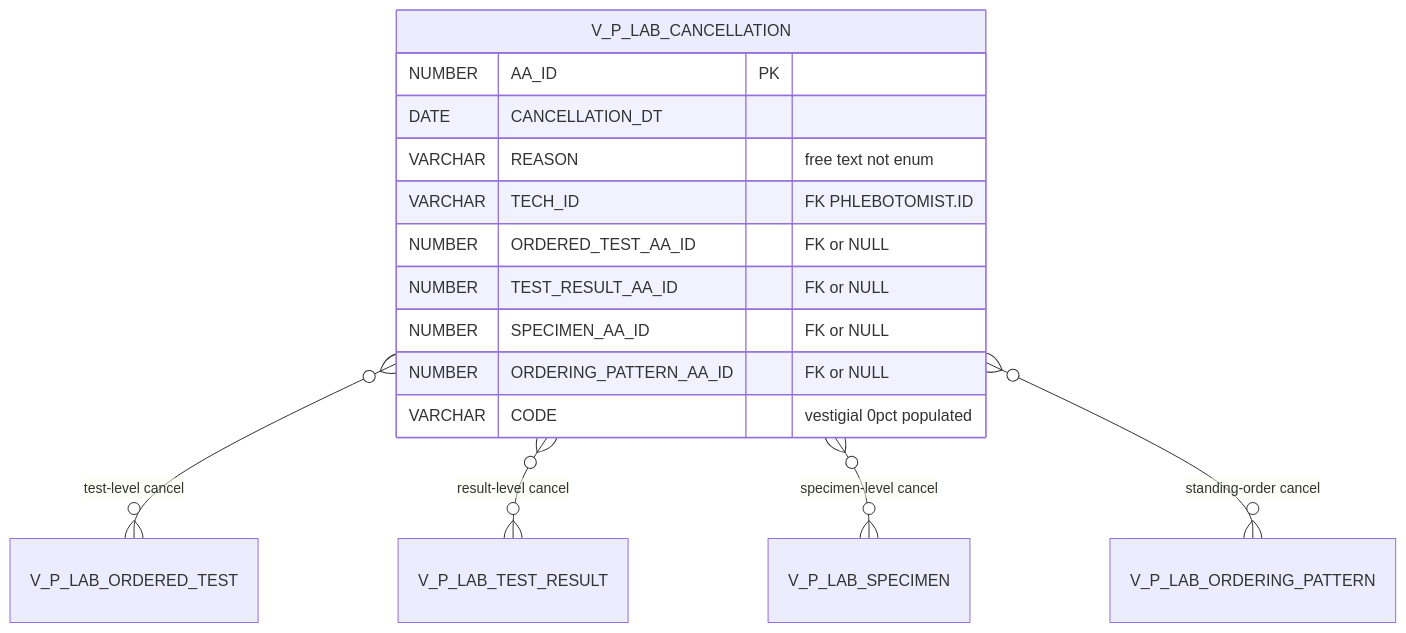
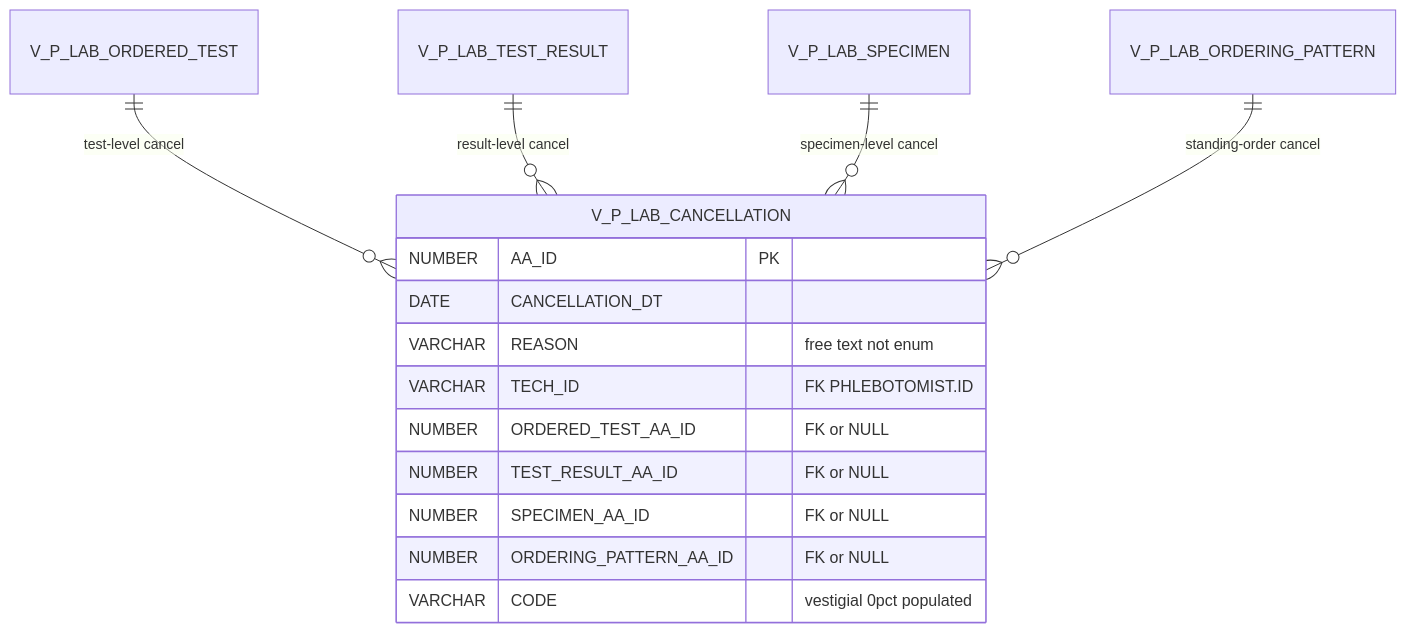
Before and after one commit to rfedeli/sql_queries: the second of 5 diagrams in schema_diagrams.md, drawn with Mermaid. The commit also changed other lines of this file, not shown here.

Commit message:
Replace }o--o{ many-to-many with reversed ||--o{ for older Mermaid
The 'renders briefly then disappears' symptom indicated initial parse
succeeded but a stricter validation pass failed. Root cause: the
}o--o{ many-to-many cardinality I introduced as the 'universal' fix
isn't actually universal in older Mermaid renderers — only the basic
trio ||--||, ||--o{, }o--|| is reliably supported.

Reversed all 7 affected relationships so they read 'parent has many
children' instead of 'many to many':

- 4 cancellation FK relationships (one cancellation per FK; parents
  ORDERED_TEST/TEST_RESULT/SPECIMEN/ORDERING_PATTERN have many
  cancellations)
- V_S_ARE_CCI now reads 'has many flagged ITEMs' (instead of ITEM
  to CCI many-to-many)
- V_S_ARE_PAYOR / V_S_ARE_MODIFIER now read 'has many BILLRULES'

Same semantic relationships, just expressed in the direction that
uses universally-supported cardinality glyphs.

````diff
--- a/schema_diagrams.md
+++ b/schema_diagrams.md
@@ -124,19 +124,19 @@
 ```mermaid
 erDiagram
-    V_P_LAB_CANCELLATION }o--o{ V_P_LAB_ORDERED_TEST : "test-level cancel"
-    V_P_LAB_CANCELLATION }o--o{ V_P_LAB_TEST_RESULT : "result-level cancel"
-    V_P_LAB_CANCELLATION }o--o{ V_P_LAB_SPECIMEN : "specimen-level cancel"
-    V_P_LAB_CANCELLATION }o--o{ V_P_LAB_ORDERING_PATTERN : "standing-order cancel"
+    V_P_LAB_ORDERED_TEST ||--o{ V_P_LAB_CANCELLATION : "test-level cancel"
+    V_P_LAB_TEST_RESULT ||--o{ V_P_LAB_CANCELLATION : "result-level cancel"
+    V_P_LAB_SPECIMEN ||--o{ V_P_LAB_CANCELLATION : "specimen-level cancel"
+    V_P_LAB_ORDERING_PATTERN ||--o{ V_P_LAB_CANCELLATION : "standing-order cancel"
 
     V_P_LAB_CANCELLATION {
         NUMBER AA_ID PK
         DATE CANCELLATION_DT
         VARCHAR REASON "free text not enum"
         VARCHAR TECH_ID "FK PHLEBOTOMIST.ID"
         NUMBER ORDERED_TEST_AA_ID "FK or NULL"
         NUMBER TEST_RESULT_AA_ID "FK or NULL"
         NUMBER SPECIMEN_AA_ID "FK or NULL"
         NUMBER ORDERING_PATTERN_AA_ID "FK or NULL"
         VARCHAR CODE "vestigial 0pct populated"
     }
 ```
````
